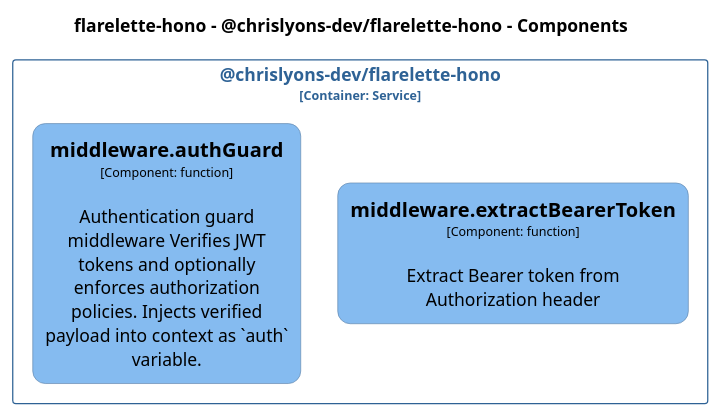
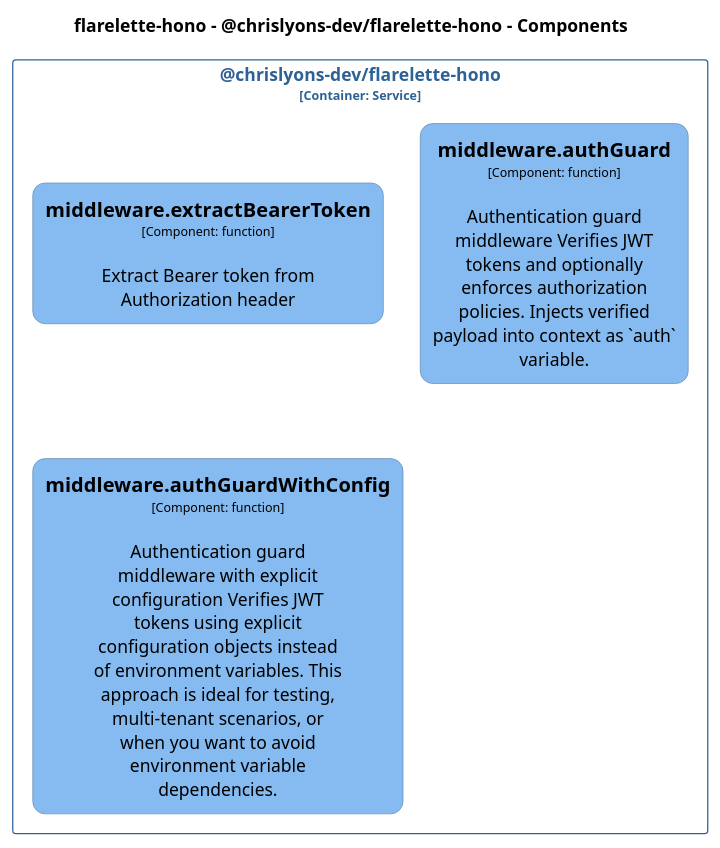
One commit to chrislyons-dev/flarelette-hono changed the diagram in docs/architecture/diagrams/plantuml/structurizr-Classes_chrislyons_dev_flarelette_hono__middleware.puml. Above: the diagram before and after it, drawn with PlantUML. The commit also changed 16 other files, not shown here.

First line of the commit message:
fix: update flarelette-jwt to version 1.11.0, add explicit config usage (#8)

```diff
--- a/docs/architecture/diagrams/plantuml/structurizr-Classes_chrislyons_dev_flarelette_hono__middleware.puml
+++ b/docs/architecture/diagrams/plantuml/structurizr-Classes_chrislyons_dev_flarelette_hono__middleware.puml
@@ -1,44 +1,52 @@
 @startuml
 set separator none
 title flarelette-hono - @chrislyons-dev/flarelette-hono - Components
 
 top to bottom direction
 skinparam ranksep 60
 skinparam nodesep 30
 
 skinparam {
   arrowFontSize 10
   defaultTextAlignment center
   wrapWidth 200
   maxMessageSize 100
   defaultFontName "Arial"
 }
 
 hide stereotype
 
 skinparam rectangle<<flarelettehono.chrislyonsdevflarelettehono.middlewareauthGuard>> {
   BackgroundColor #85bbf0
   FontColor #000000
   BorderColor #5d82a8
   roundCorner 20
   shadowing false
 }
+skinparam rectangle<<flarelettehono.chrislyonsdevflarelettehono.middlewareauthGuardWithConfig>> {
+  BackgroundColor #85bbf0
+  FontColor #000000
+  BorderColor #5d82a8
+  roundCorner 20
+  shadowing false
+}
 skinparam rectangle<<flarelettehono.chrislyonsdevflarelettehono.middlewareextractBearerToken>> {
   BackgroundColor #85bbf0
   FontColor #000000
   BorderColor #5d82a8
   roundCorner 20
   shadowing false
 }
 skinparam rectangle<<flarelettehono.chrislyonsdevflarelettehono>> {
   BorderColor #2e6295
   FontColor #2e6295
   shadowing false
 }
 
 rectangle "@chrislyons-dev/flarelette-hono\n<size:10>[Container: Service]</size>" <<flarelettehono.chrislyonsdevflarelettehono>> {
   rectangle "==middleware.extractBearerToken\n<size:10>[Component: function]</size>\n\nExtract Bearer token from Authorization header" <<flarelettehono.chrislyonsdevflarelettehono.middlewareextractBearerToken>> as flarelettehono.chrislyonsdevflarelettehono.middlewareextractBearerToken
   rectangle "==middleware.authGuard\n<size:10>[Component: function]</size>\n\nAuthentication guard middleware Verifies JWT tokens and optionally enforces authorization policies. Injects verified payload into context as `auth` variable." <<flarelettehono.chrislyonsdevflarelettehono.middlewareauthGuard>> as flarelettehono.chrislyonsdevflarelettehono.middlewareauthGuard
+  rectangle "==middleware.authGuardWithConfig\n<size:10>[Component: function]</size>\n\nAuthentication guard middleware with explicit configuration Verifies JWT tokens using explicit configuration objects instead of environment variables. This approach is ideal for testing, multi-tenant scenarios, or when you want to avoid environment variable dependencies." <<flarelettehono.chrislyonsdevflarelettehono.middlewareauthGuardWithConfig>> as flarelettehono.chrislyonsdevflarelettehono.middlewareauthGuardWithConfig
 }
 
 @enduml
```
